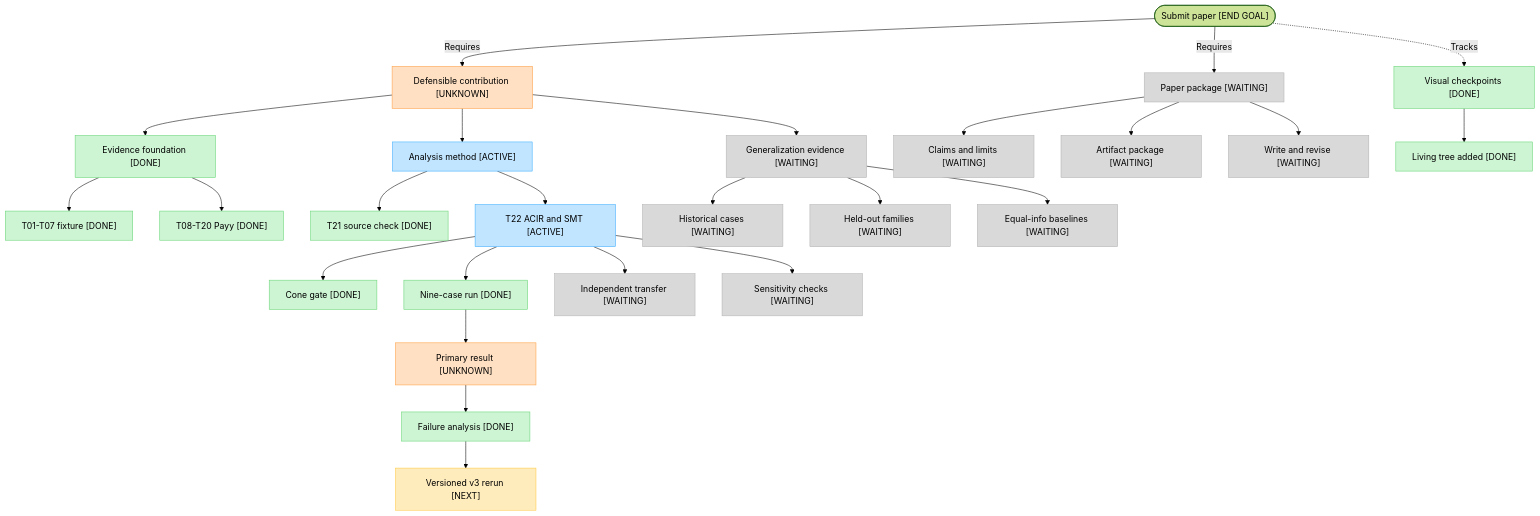
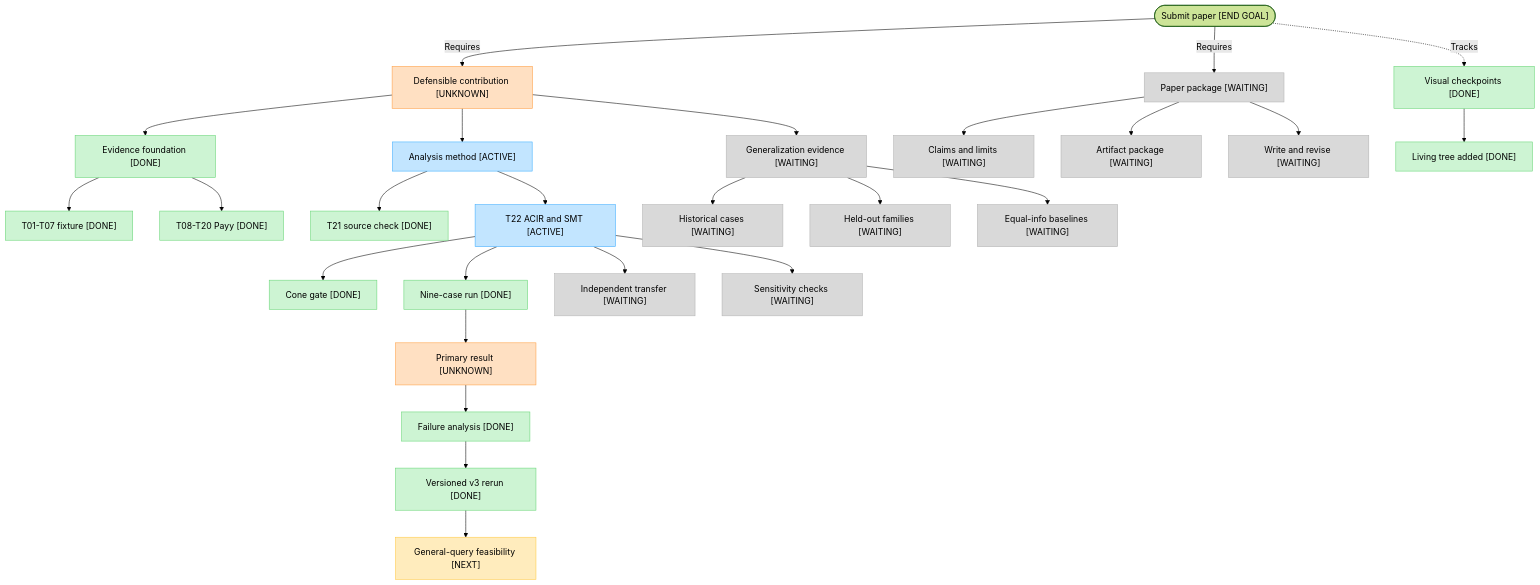
The diagram in docs/project-status.md (imranpollob/BindCheck), drawn with Mermaid (forest theme) before and after one commit. The commit also changed other lines of this file and 9 other files, not shown here.

````diff
--- a/docs/project-status.md
+++ b/docs/project-status.md
@@ -16,47 +16,48 @@
 ```mermaid
 flowchart TD
     submit(["Submit paper [END GOAL]"])
     contribution["Defensible contribution [UNKNOWN]"]
     submit -->|"Requires"| contribution
     submit -->|"Requires"| manuscript["Paper package [WAITING]"]
     submit -.->|"Tracks"| tracking["Visual checkpoints [DONE]"]
 
     contribution --> foundation["Evidence foundation [DONE]"]
     contribution --> analysis["Analysis method [ACTIVE]"]
     contribution --> evaluation["Generalization evidence [WAITING]"]
 
     foundation --> fixture["T01-T07 fixture [DONE]"]
     foundation --> payy["T08-T20 Payy [DONE]"]
 
     analysis --> sourceCheck["T21 source check [DONE]"]
     analysis --> t22["T22 ACIR and SMT [ACTIVE]"]
     t22 --> coneGate["Cone gate [DONE]"]
     t22 --> nineCases["Nine-case run [DONE]"]
     nineCases --> primaryResult["Primary result [UNKNOWN]"]
     primaryResult --> failureAnalysis["Failure analysis [DONE]"]
-    failureAnalysis --> v3Rerun["Versioned v3 rerun [NEXT]"]
+    failureAnalysis --> v3Rerun["Versioned v3 rerun [DONE]"]
+    v3Rerun --> generalGate["General-query feasibility [NEXT]"]
     t22 --> transferCase["Independent transfer [WAITING]"]
     t22 --> sensitivity["Sensitivity checks [WAITING]"]
 
     evaluation --> history["Historical cases [WAITING]"]
     evaluation --> heldOut["Held-out families [WAITING]"]
     evaluation --> baselines["Equal-info baselines [WAITING]"]
 
     manuscript --> claims["Claims and limits [WAITING]"]
     manuscript --> artifacts["Artifact package [WAITING]"]
     manuscript --> draft["Write and revise [WAITING]"]
 
     tracking --> livingTree["Living tree added [DONE]"]
 
     classDef done fill:#CDF4D3,stroke:#66D575
     classDef active fill:#C2E5FF,stroke:#3DADFF
     classDef next fill:#FFECBD,stroke:#FFC943
     classDef waiting fill:#D9D9D9,stroke:#B3B3B3
     classDef unknown fill:#FFE0C2,stroke:#FF9E42
 
-    class foundation,fixture,payy,sourceCheck,coneGate,nineCases,failureAnalysis,tracking,livingTree done
+    class foundation,fixture,payy,sourceCheck,coneGate,nineCases,failureAnalysis,v3Rerun,tracking,livingTree done
     class analysis,t22 active
-    class v3Rerun next
+    class generalGate next
     class evaluation,history,heldOut,baselines,manuscript,claims,artifacts,draft,transferCase,sensitivity waiting
     class contribution,primaryResult unknown
 ```
````
